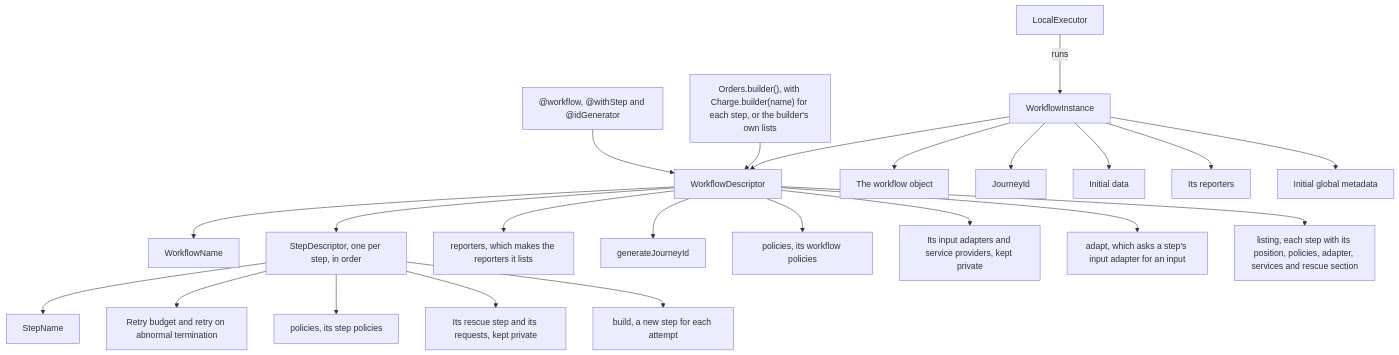
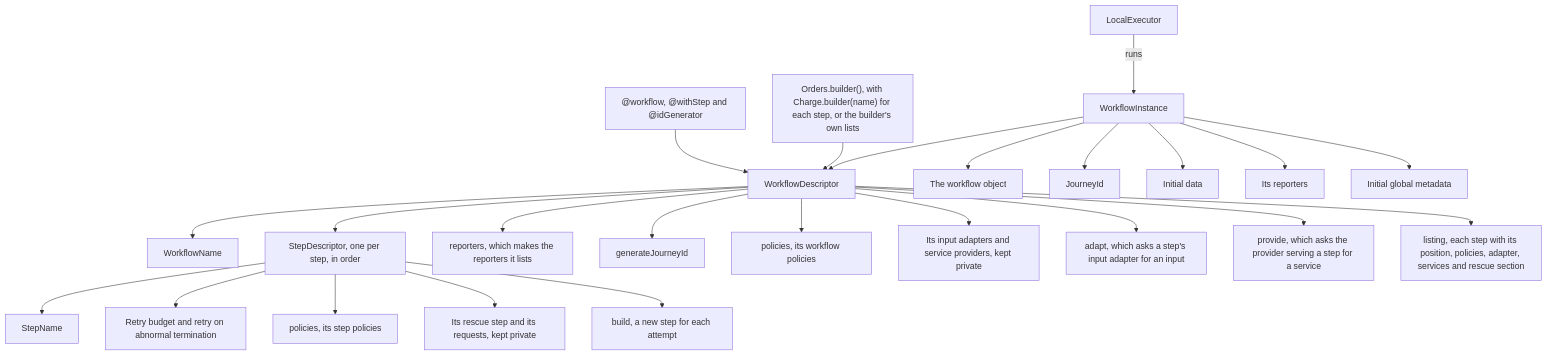
The second of 10 diagrams in docs/architecture.md (itinera-dev/itinera-ts), drawn with Mermaid before and after one commit. The commit also changed other lines of this file and 1 other file, not shown here.

First line of the commit message:
docs(architecture): describe how a service is lent

````diff
--- a/docs/architecture.md
+++ b/docs/architecture.md
@@ -57,27 +57,28 @@
 ```mermaid
 flowchart TD
     accTitle: What a workflow descriptor and an instance hold
-    accDescr: A workflow descriptor holds its name, its step descriptors in order, makes the reporters it lists, and generates journey IDs. A workflow descriptor also holds its workflow policies, keeps its input adapters and service providers private, asks the input adapter attached to a step for an input, and lists its steps without running anything. A step descriptor holds the step's name, its retry budget, whether it retries an abnormal termination, its step policies, and how to build the step, and keeps its rescue step and its requests private. Decorators and the builder, given a builder for each step or its own lists, both make the descriptor, after checking every violation. An instance holds the descriptor beside the workflow object, its journey ID, its initial data, its reporters and its initial global metadata, and the local executor runs it.
+    accDescr: A workflow descriptor holds its name, its step descriptors in order, makes the reporters it lists, and generates journey IDs. A workflow descriptor also holds its workflow policies, keeps its input adapters and service providers private, asks the input adapter attached to a step for an input, asks the service provider serving a step for a service, and lists its steps without running anything. A step descriptor holds the step's name, its retry budget, whether it retries an abnormal termination, its step policies, and how to build the step, and keeps its rescue step and its requests private. Decorators and the builder, given a builder for each step or its own lists, both make the descriptor, after checking every violation. An instance holds the descriptor beside the workflow object, its journey ID, its initial data, its reporters and its initial global metadata, and the local executor runs it.
     decorators["@workflow, @withStep and @idGenerator"] --> descriptor["WorkflowDescriptor"]
     builder["Orders.builder(), with Charge.builder(name) for each step, or the builder's own lists"] --> descriptor
     descriptor --> name["WorkflowName"]
     descriptor --> steps["StepDescriptor, one per step, in order"]
     descriptor --> reporters["reporters, which makes the reporters it lists"]
     descriptor --> generator["generateJourneyId"]
     descriptor --> workflowPolicies["policies, its workflow policies"]
     descriptor --> adapters["Its input adapters and service providers, kept private"]
     descriptor --> adapt["adapt, which asks a step's input adapter for an input"]
+    descriptor --> provide["provide, which asks the provider serving a step for a service"]
     descriptor --> listing["listing, each step with its position, policies, adapter, services and rescue section"]
     steps --> stepName["StepName"]
     steps --> budget["Retry budget and retry on abnormal termination"]
     steps --> stepPolicies["policies, its step policies"]
     steps --> stepPrivate["Its rescue step and its requests, kept private"]
     steps --> build["build, a new step for each attempt"]
     instance["WorkflowInstance"] --> descriptor
     instance --> workflow["The workflow object"]
     instance --> id["JourneyId"]
     instance --> data["Initial data"]
     instance --> ireporters["Its reporters"]
     instance --> metadata["Initial global metadata"]
     executor["LocalExecutor"] -->|"runs"| instance
 ```
````
